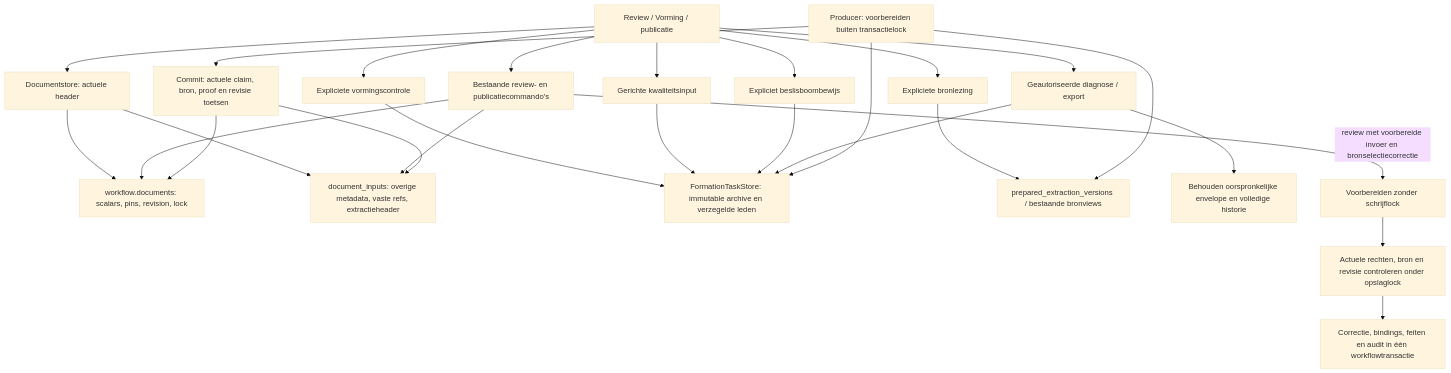
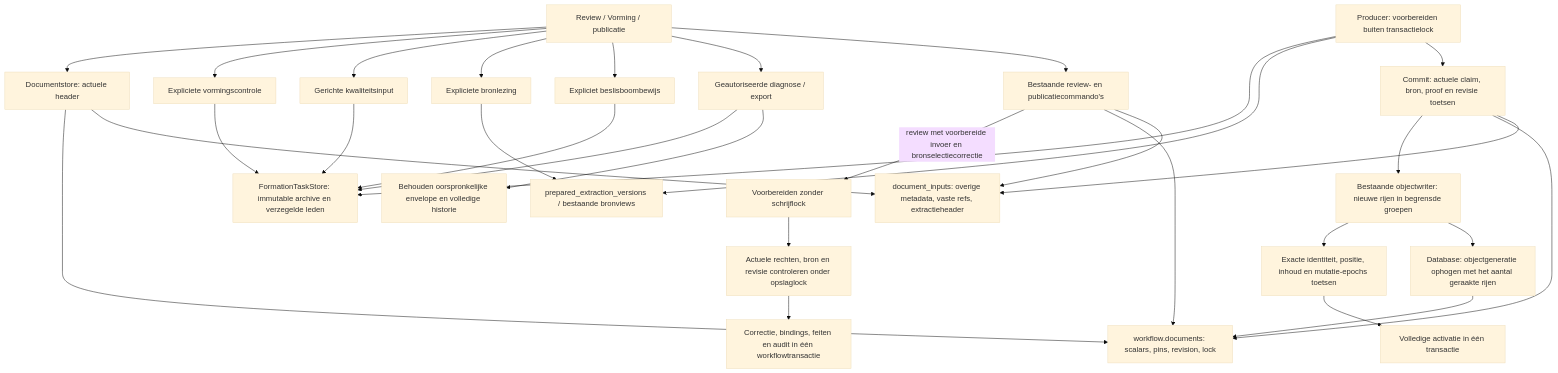
Before and after one commit to WilliamGomes41/Metis-DS: the diagram in docs/architecture/operational-document-inputs-950.md, drawn with Mermaid (base theme). The commit also changed other lines of this file and 5 other files, not shown here.

Commit message:
perf(formation): group activation writes with exact database generations (#729)

````diff
--- a/docs/architecture/operational-document-inputs-950.md
+++ b/docs/architecture/operational-document-inputs-950.md
@@ -7,28 +7,33 @@
 ```mermaid
 flowchart TD
     UI[Review / Vorming / publicatie] --> D[Documentstore: actuele header]
     D --> ROW[workflow.documents: scalars, pins, revision, lock]
     D --> INPUTS[document_inputs: overige metadata, vaste refs, extractieheader]
     UI --> F[Expliciete vormingscontrole]
     UI --> Q[Gerichte kwaliteitsinput]
     UI --> S[Expliciete bronlezing]
     UI --> T[Expliciet beslisboombewijs]
     UI --> H[Geautoriseerde diagnose / export]
     F --> OWNER[FormationTaskStore: immutable archive en verzegelde leden]
     Q --> OWNER
     T --> OWNER
     S --> SOURCE[prepared_extraction_versions / bestaande bronviews]
     H --> OWNER
     H --> ORIGINAL[Behouden oorspronkelijke envelope en volledige historie]
     UI --> CMD[Bestaande review- en publicatiecommando's]
     CMD -->|review met voorbereide invoer en bronselectiecorrectie| PREP[Voorbereiden zonder schrijflock]
     PREP --> GUARD[Actuele rechten, bron en revisie controleren onder opslaglock]
     GUARD --> COMMIT[Correctie, bindings, feiten en audit in één workflowtransactie]
     CMD --> ROW
     CMD --> INPUTS
     PRODUCER[Producer: voorbereiden buiten transactielock] --> OWNER
     PRODUCER --> SOURCE
     PRODUCER --> CAS[Commit: actuele claim, bron, proof en revisie toetsen]
+    CAS --> OBJECTS[Bestaande objectwriter: nieuwe rijen in begrensde groepen]
+    OBJECTS --> CHECK[Exacte identiteit, positie, inhoud en mutatie-epochs toetsen]
+    OBJECTS --> GENERATION[Database: objectgeneratie ophogen met het aantal geraakte rijen]
+    GENERATION --> ROW
+    CHECK --> ACTIVATION[Volledige activatie in één transactie]
     CAS --> ROW
     CAS --> INPUTS
 ```
````
